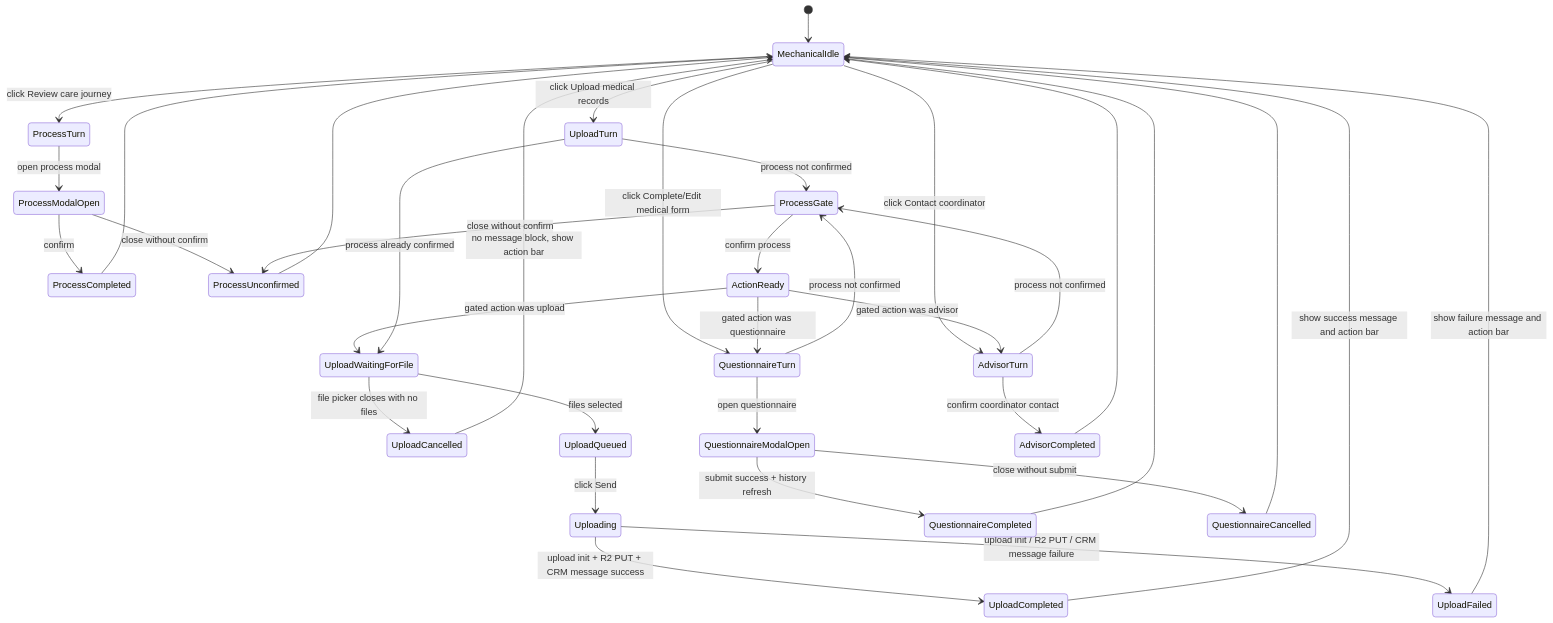
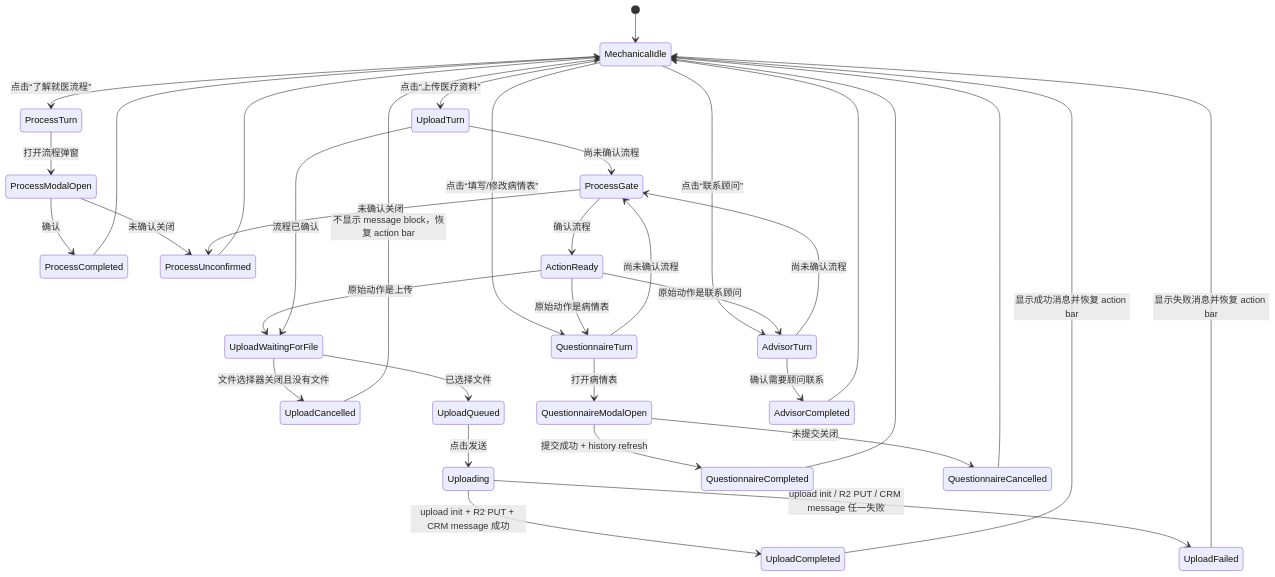
One commit to wahaHub/medicaltourismchina-platform changed the fourth of 4 diagrams in docs/superpowers/specs/2026-06-02-mechanical-chat-state-machine-analysis.md. Above: the diagram before and after it, drawn with Mermaid. The commit also changed other lines of this file, not shown here.

First line of the commit message:
docs(chatbot): translate mechanical state spec

````diff
--- a/docs/superpowers/specs/2026-06-02-mechanical-chat-state-machine-analysis.md
+++ b/docs/superpowers/specs/2026-06-02-mechanical-chat-state-machine-analysis.md
@@ -142,46 +151,46 @@
 ```mermaid
 stateDiagram-v2
   [*] --> MechanicalIdle
 
-  MechanicalIdle --> ProcessTurn: click Review care journey
-  MechanicalIdle --> UploadTurn: click Upload medical records
-  MechanicalIdle --> AdvisorTurn: click Contact coordinator
-  MechanicalIdle --> QuestionnaireTurn: click Complete/Edit medical form
+  MechanicalIdle --> ProcessTurn: 点击“了解就医流程”
+  MechanicalIdle --> UploadTurn: 点击“上传医疗资料”
+  MechanicalIdle --> AdvisorTurn: 点击“联系顾问”
+  MechanicalIdle --> QuestionnaireTurn: 点击“填写/修改病情表”
 
-  ProcessTurn --> ProcessModalOpen: open process modal
-  ProcessModalOpen --> ProcessCompleted: confirm
-  ProcessModalOpen --> ProcessUnconfirmed: close without confirm
+  ProcessTurn --> ProcessModalOpen: 打开流程弹窗
+  ProcessModalOpen --> ProcessCompleted: 确认
+  ProcessModalOpen --> ProcessUnconfirmed: 未确认关闭
 
-  UploadTurn --> ProcessGate: process not confirmed
-  AdvisorTurn --> ProcessGate: process not confirmed
-  QuestionnaireTurn --> ProcessGate: process not confirmed
+  UploadTurn --> ProcessGate: 尚未确认流程
+  AdvisorTurn --> ProcessGate: 尚未确认流程
+  QuestionnaireTurn --> ProcessGate: 尚未确认流程
 
-  ProcessGate --> ActionReady: confirm process
-  ProcessGate --> ProcessUnconfirmed: close without confirm
+  ProcessGate --> ActionReady: 确认流程
+  ProcessGate --> ProcessUnconfirmed: 未确认关闭
 
-  ActionReady --> UploadWaitingForFile: gated action was upload
-  ActionReady --> AdvisorTurn: gated action was advisor
-  ActionReady --> QuestionnaireTurn: gated action was questionnaire
+  ActionReady --> UploadWaitingForFile: 原始动作是上传
+  ActionReady --> AdvisorTurn: 原始动作是联系顾问
+  ActionReady --> QuestionnaireTurn: 原始动作是病情表
 
-  UploadTurn --> UploadWaitingForFile: process already confirmed
-  UploadWaitingForFile --> UploadCancelled: file picker closes with no files
-  UploadWaitingForFile --> UploadQueued: files selected
-  UploadQueued --> Uploading: click Send
-  Uploading --> UploadCompleted: upload init + R2 PUT + CRM message success
-  Uploading --> UploadFailed: upload init / R2 PUT / CRM message failure
-  UploadFailed --> MechanicalIdle: show failure message and action bar
-  UploadCompleted --> MechanicalIdle: show success message and action bar
-  UploadCancelled --> MechanicalIdle: no message block, show action bar
+  UploadTurn --> UploadWaitingForFile: 流程已确认
+  UploadWaitingForFile --> UploadCancelled: 文件选择器关闭且没有文件
+  UploadWaitingForFile --> UploadQueued: 已选择文件
+  UploadQueued --> Uploading: 点击发送
+  Uploading --> UploadCompleted: upload init + R2 PUT + CRM message 成功
+  Uploading --> UploadFailed: upload init / R2 PUT / CRM message 任一失败
+  UploadFailed --> MechanicalIdle: 显示失败消息并恢复 action bar
+  UploadCompleted --> MechanicalIdle: 显示成功消息并恢复 action bar
+  UploadCancelled --> MechanicalIdle: 不显示 message block，恢复 action bar
 
-  QuestionnaireTurn --> QuestionnaireModalOpen: open questionnaire
-  QuestionnaireModalOpen --> QuestionnaireCompleted: submit success + history refresh
-  QuestionnaireModalOpen --> QuestionnaireCancelled: close without submit
+  QuestionnaireTurn --> QuestionnaireModalOpen: 打开病情表
+  QuestionnaireModalOpen --> QuestionnaireCompleted: 提交成功 + history refresh
+  QuestionnaireModalOpen --> QuestionnaireCancelled: 未提交关闭
 
-  AdvisorTurn --> AdvisorCompleted: confirm coordinator contact
+  AdvisorTurn --> AdvisorCompleted: 确认需要顾问联系
 
   ProcessCompleted --> MechanicalIdle
   ProcessUnconfirmed --> MechanicalIdle
   QuestionnaireCompleted --> MechanicalIdle
   QuestionnaireCancelled --> MechanicalIdle
   AdvisorCompleted --> MechanicalIdle
 ```
````
